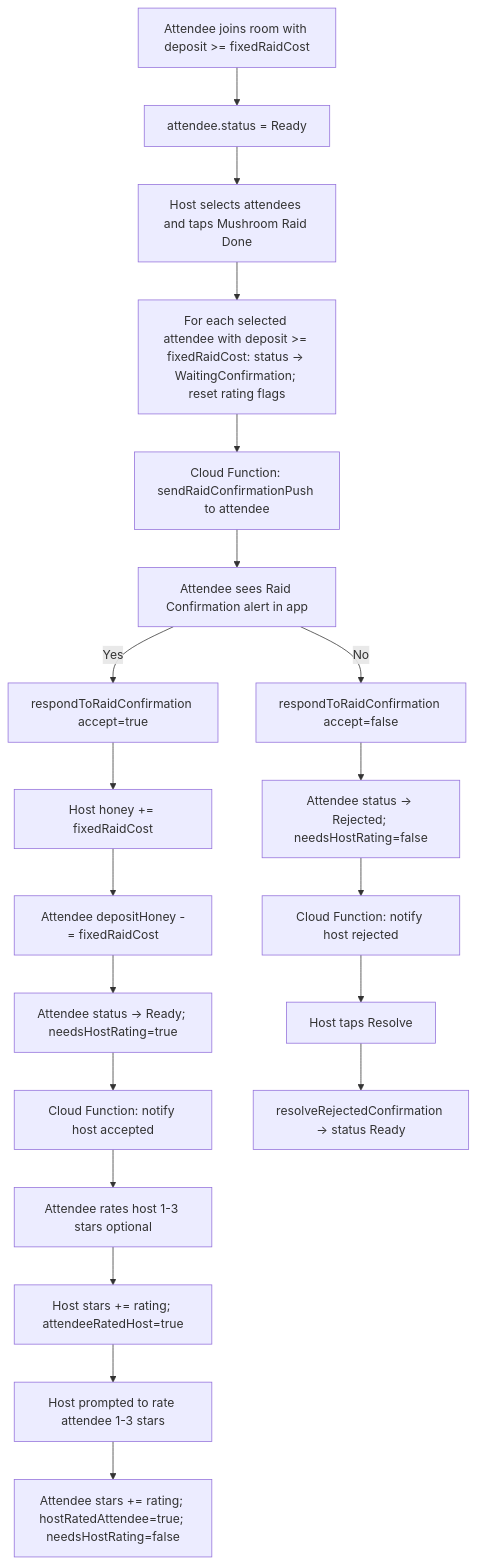
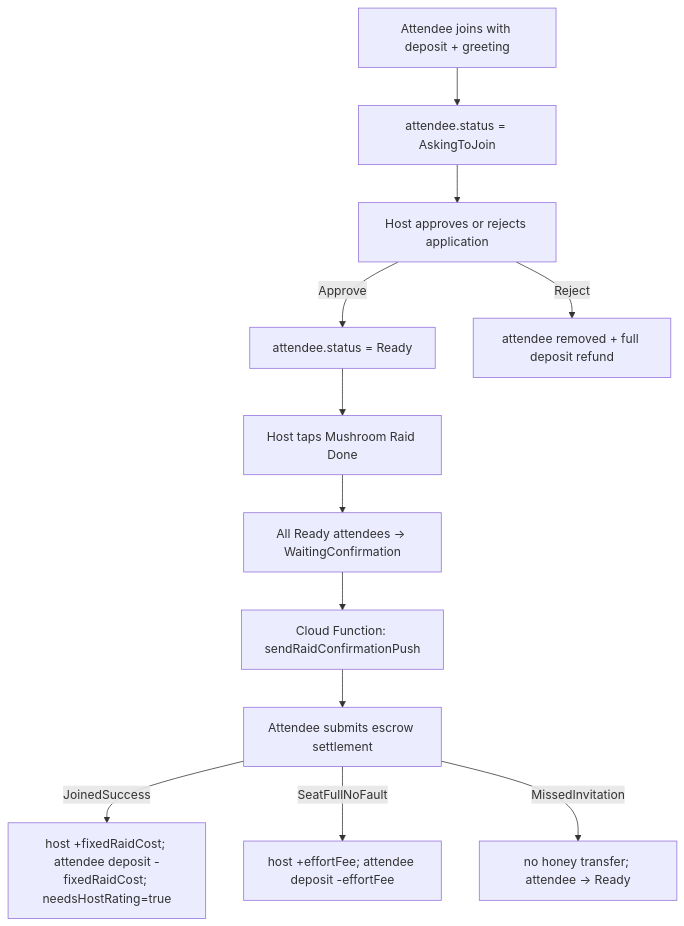
Before and after one commit to KenYu910645/mushroomHunter: the diagram in MUSHROOM.md, drawn with Mermaid. The commit also changed other lines of this file and 27 other files, not shown here.

First line of the commit message:
[FIX] Sync Postcard And Shared Flow Updates

````diff
--- a/MUSHROOM.md
+++ b/MUSHROOM.md
@@ -164,24 +187,14 @@
 ```mermaid
 flowchart TD
-    A[Attendee joins room with deposit >= fixedRaidCost] --> B[attendee.status = Ready]
-    B --> C[Host selects attendees and taps Mushroom Raid Done]
-    C --> D[For each selected attendee with deposit >= fixedRaidCost: status -> WaitingConfirmation; reset rating flags]
-    D --> E[Cloud Function: sendRaidConfirmationPush to attendee]
-    E --> F[Attendee sees Raid Confirmation alert in app]
-
-    F -->|Yes| G[respondToRaidConfirmation accept=true]
-    G --> H[Host honey += fixedRaidCost]
-    H --> I[Attendee depositHoney -= fixedRaidCost]
-    I --> J[Attendee status -> Ready; needsHostRating=true]
-    J --> K[Cloud Function: notify host accepted]
-    K --> L[Attendee rates host 1-3 stars optional]
-    L --> M[Host stars += rating; attendeeRatedHost=true]
-    M --> N[Host prompted to rate attendee 1-3 stars]
-    N --> O[Attendee stars += rating; hostRatedAttendee=true; needsHostRating=false]
-
-    F -->|No| P[respondToRaidConfirmation accept=false]
-    P --> Q[Attendee status -> Rejected; needsHostRating=false]
-    Q --> R[Cloud Function: notify host rejected]
-    R --> S[Host taps Resolve]
-    S --> T[resolveRejectedConfirmation -> status Ready]
+    A[Attendee joins with deposit + greeting] --> B[attendee.status = AskingToJoin]
+    B --> C[Host approves or rejects application]
+    C -->|Approve| D[attendee.status = Ready]
+    C -->|Reject| E[attendee removed + full deposit refund]
+    D --> F[Host taps Mushroom Raid Done]
+    F --> G[All Ready attendees -> WaitingConfirmation]
+    G --> H[Cloud Function: sendRaidConfirmationPush]
+    H --> I[Attendee submits escrow settlement]
+    I -->|JoinedSuccess| J[host +fixedRaidCost; attendee deposit -fixedRaidCost; needsHostRating=true]
+    I -->|SeatFullNoFault| K[host +effortFee; attendee deposit -effortFee]
+    I -->|MissedInvitation| L[no honey transfer; attendee -> Ready]
 ```
````
